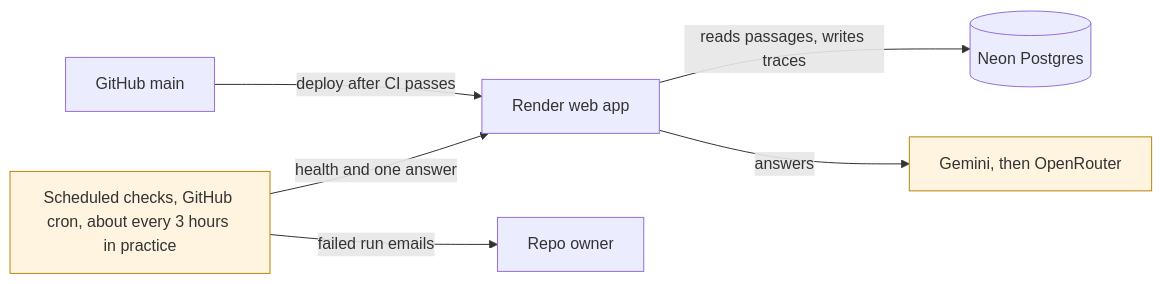
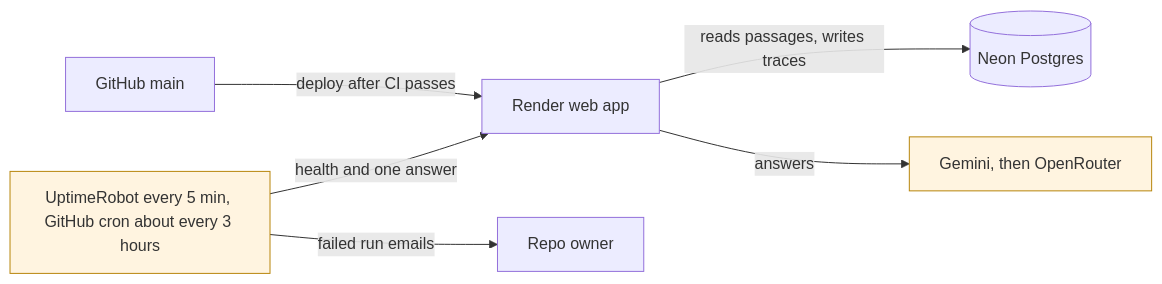
One commit to pokhriyal-anmol/research-copilot changed the diagram in docs/runbook.md. Above: the diagram before and after it, drawn with Mermaid. The commit also changed other lines of this file and 3 other files, not shown here.

First line of the commit message:
fix(app): answer HEAD on /health and document the UptimeRobot monitors

````diff
--- a/docs/runbook.md
+++ b/docs/runbook.md
@@ -5,10 +5,10 @@
 ```mermaid
 flowchart LR
   gh[GitHub main] -->|deploy after CI passes| render[Render web app]
   render -->|reads passages, writes traces| neon[(Neon Postgres)]
   render -->|answers| llm[Gemini, then OpenRouter]
-  checks[Scheduled checks, GitHub cron, about every 3 hours in practice] -->|health and one answer| render
+  checks[UptimeRobot every 5 min, GitHub cron about every 3 hours] -->|health and one answer| render
   checks -->|failed run emails| owner[Repo owner]
   classDef ext fill:#fff4e0,stroke:#b8860b
   class llm,checks ext
 ```
````
